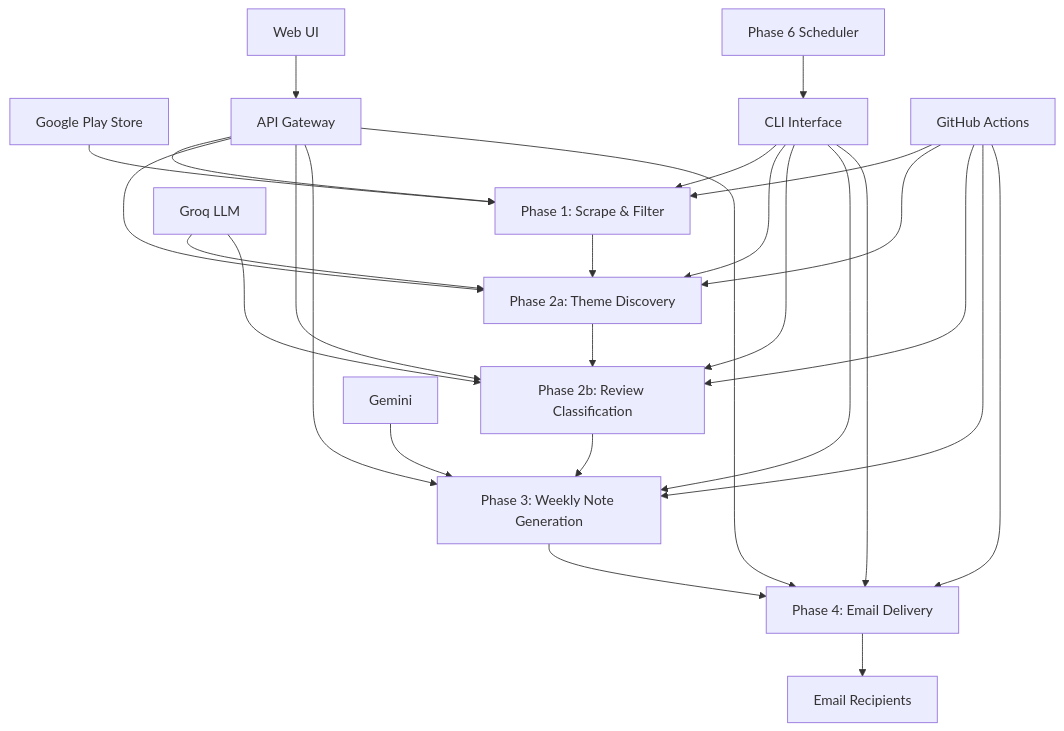
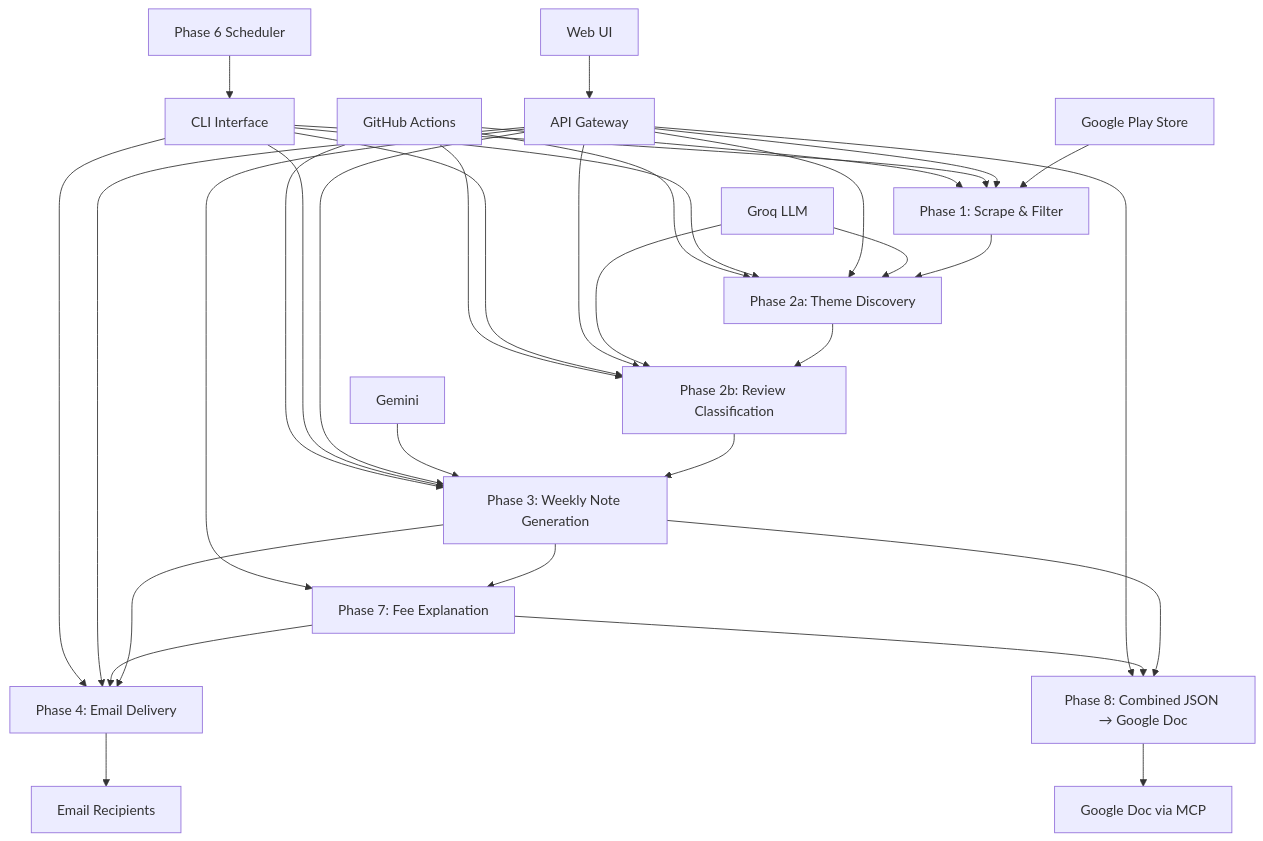
One commit to asankhua/app-review-insights-analyser changed the first of 3 diagrams in ARCHITECTURE.md. Above: the diagram before and after it, drawn with Mermaid. The commit also changed other lines of this file and 90 other files, not shown here.

````diff
--- a/ARCHITECTURE.md
+++ b/ARCHITECTURE.md
@@ -169,34 +243,39 @@
 ```mermaid
 graph TB
     A[Google Play Store] --> B[Phase 1: Scrape & Filter]
     B --> C[Phase 2a: Theme Discovery]
     C --> D[Phase 2b: Review Classification]
     D --> E[Phase 3: Weekly Note Generation]
     E --> F[Phase 4: Email Delivery]
     F --> G[Email Recipients]
+    E --> H7[Phase 7: Fee Explanation]
+    H7 --> F
+    E --> H8[Phase 8: Combined JSON → Google Doc]
+    H7 --> H8
+    H8 --> GDoc[Google Doc via MCP]
     
     H[Groq LLM] --> C
     H --> D
-    
     I[Gemini] --> E
     
     J[Web UI] --> K[API Gateway]
     K --> B
     K --> C
     K --> D
     K --> E
     K --> F
+    K --> H7
+    K --> H8
     
     L[CLI Interface] --> B
     L --> C
     L --> D
     L --> E
     L --> F
     
     M[Phase 6 Scheduler] --> L
     N[GitHub Actions] --> B
     N --> C
     N --> D
     N --> E
-    N --> F
 ```
````
